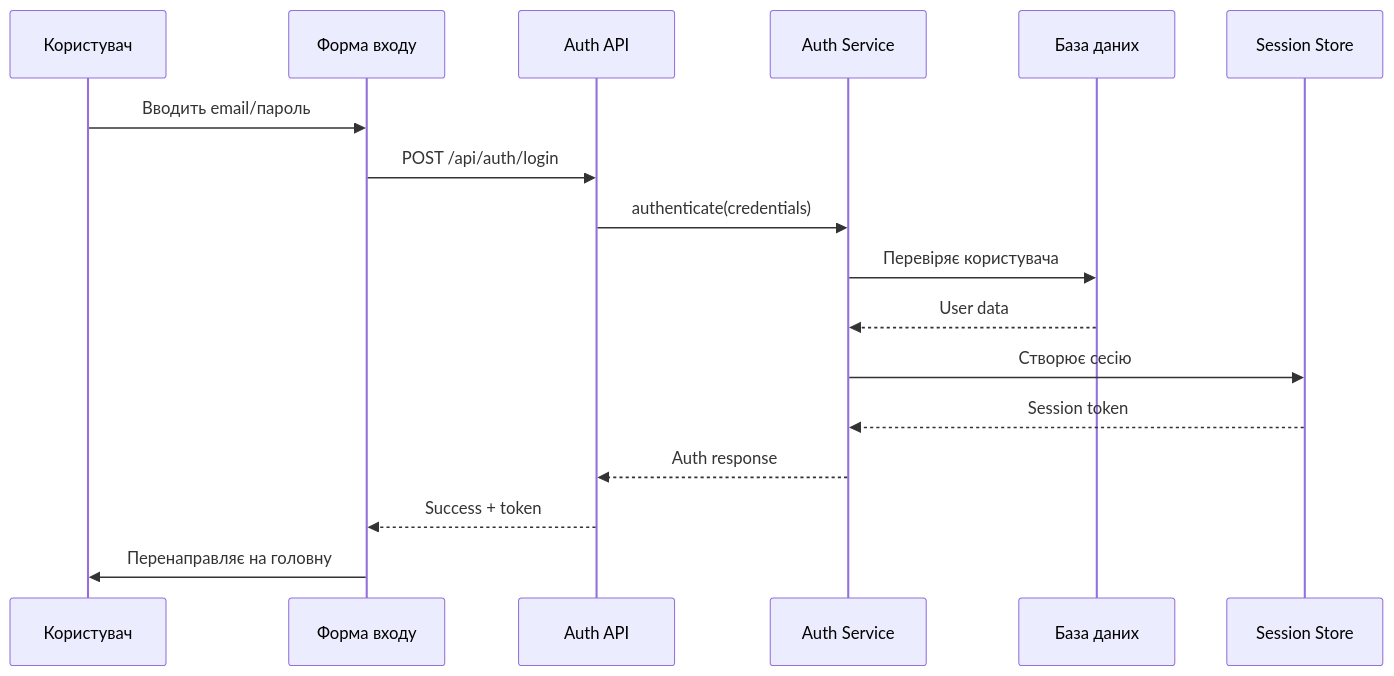
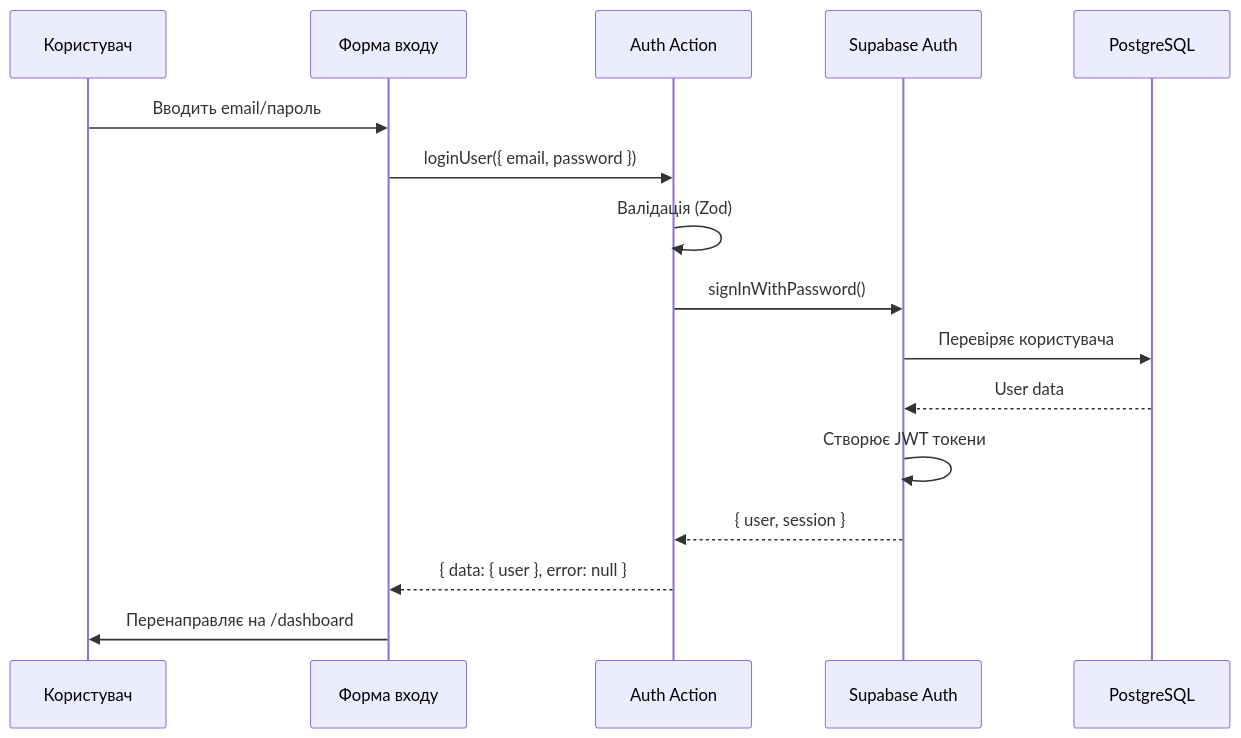
The third of 7 diagrams in docs/SDD.md (MaxKibets/votum_ferri), drawn with Mermaid before and after one commit. The commit also changed other lines of this file, not shown here.

````diff
--- a/docs/SDD.md
+++ b/docs/SDD.md
@@ -433,20 +537,19 @@
 ```mermaid
 sequenceDiagram
     participant User as Користувач
     participant LoginForm as Форма входу
-    participant AuthAPI as Auth API
-    participant AuthService as Auth Service
-    participant DB as База даних
-    participant Session as Session Store
+    participant AuthAction as Auth Action
+    participant SupabaseAuth as Supabase Auth
+    participant DB as PostgreSQL
 
     User->>LoginForm: Вводить email/пароль
-    LoginForm->>AuthAPI: POST /api/auth/login
-    AuthAPI->>AuthService: authenticate(credentials)
-    AuthService->>DB: Перевіряє користувача
-    DB-->>AuthService: User data
-    AuthService->>Session: Створює сесію
-    Session-->>AuthService: Session token
-    AuthService-->>AuthAPI: Auth response
-    AuthAPI-->>LoginForm: Success + token
-    LoginForm->>User: Перенаправляє на головну
+    LoginForm->>AuthAction: loginUser({ email, password })
+    AuthAction->>AuthAction: Валідація (Zod)
+    AuthAction->>SupabaseAuth: signInWithPassword()
+    SupabaseAuth->>DB: Перевіряє користувача
+    DB-->>SupabaseAuth: User data
+    SupabaseAuth->>SupabaseAuth: Створює JWT токени
+    SupabaseAuth-->>AuthAction: { user, session }
+    AuthAction-->>LoginForm: { data: { user }, error: null }
+    LoginForm->>User: Перенаправляє на /dashboard
 ```
````
